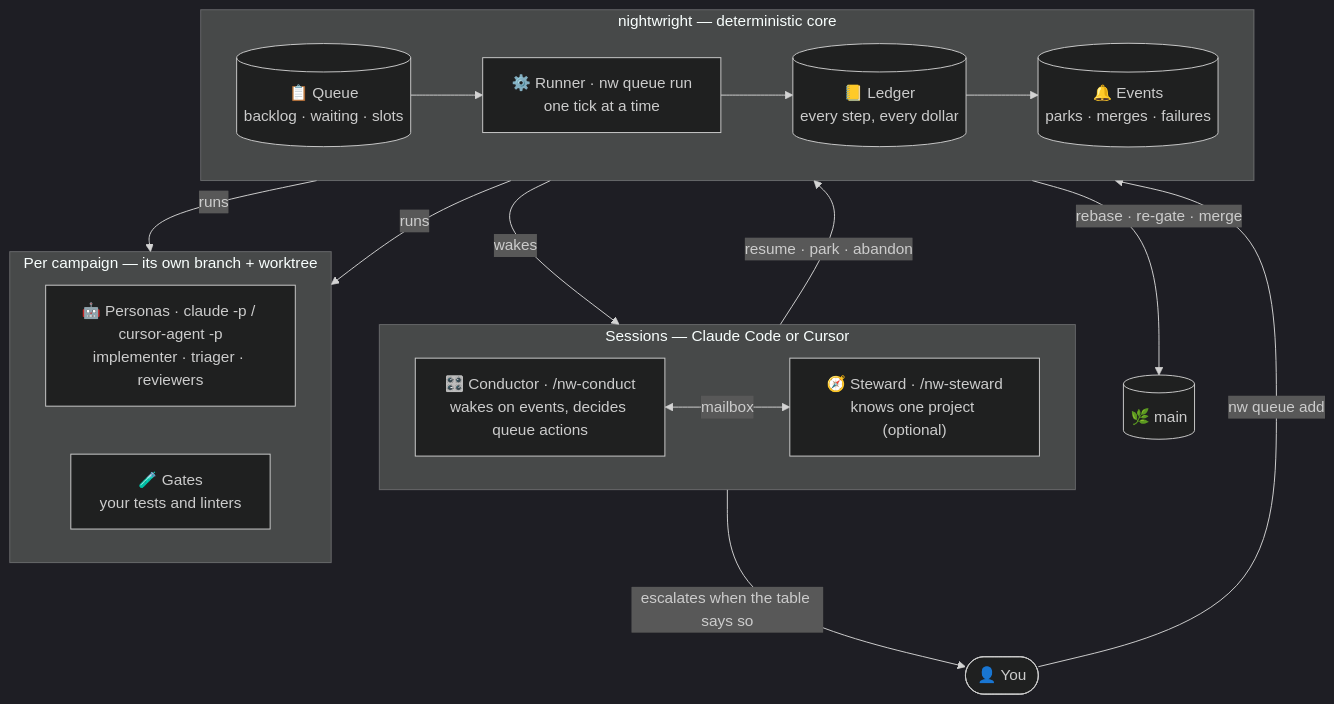
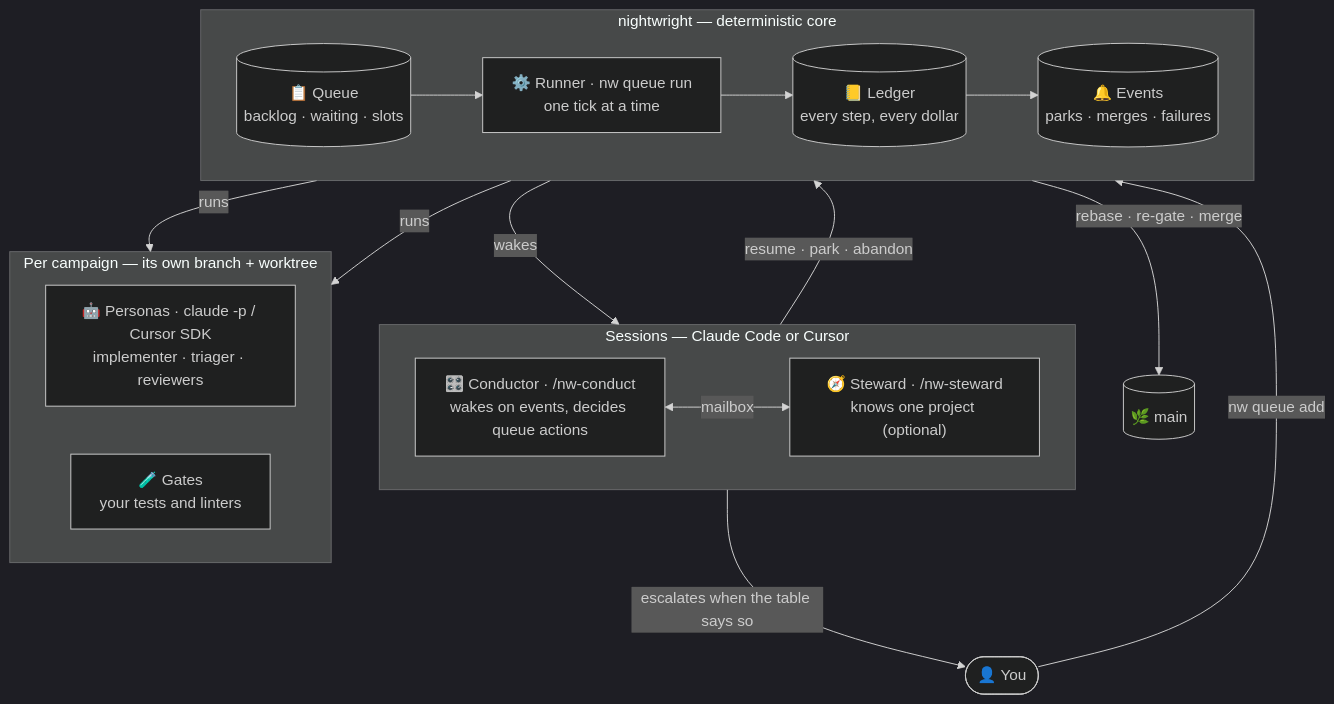
One commit to brunosmmm/nightwright changed the first of 2 diagrams in docs/product/loop/index.md. Above: the diagram before and after it, drawn with Mermaid (dark theme). The commit also changed other lines of this file and 21 other files, not shown here.

First line of the commit message:
nw: run Cursor personas through the local SDK

````diff
--- a/docs/product/loop/index.md
+++ b/docs/product/loop/index.md
@@ -11,33 +11,33 @@
 ```mermaid
 flowchart TB
     H(["👤 You"])
 
     subgraph SES["Sessions — Claude Code or Cursor"]
         direction LR
         C["🎛️ Conductor · /nw-conduct<br/>wakes on events, decides queue actions"]
         ST["🧭 Steward · /nw-steward<br/>knows one project (optional)"]
         C <-- "mailbox" --> ST
     end
 
     subgraph CORE["nightwright — deterministic core"]
         direction LR
         Q[("📋 Queue<br/>backlog · waiting · slots")] --> R["⚙️ Runner · nw queue run<br/>one tick at a time"]
         R --> LG[("📒 Ledger<br/>every step, every dollar")] --> EV[("🔔 Events<br/>parks · merges · failures")]
     end
 
     subgraph CAMP["Per campaign — its own branch + worktree"]
         direction LR
-        P["🤖 Personas · claude -p / cursor-agent -p<br/>implementer · triager · reviewers"]
+        P["🤖 Personas · claude -p / Cursor SDK<br/>implementer · triager · reviewers"]
         G["🧪 Gates<br/>your tests and linters"]
     end
 
     MAIN[("🌿 main")]
 
     H -- "nw queue add" --> Q
     R -- "runs" --> P
     R -- "runs" --> G
     R -- "rebase · re-gate · merge" --> MAIN
     EV -- "wakes" --> C
     C -- "resume · park · abandon" --> Q
     C -- "escalates when the table says so" --> H
 ```
````
